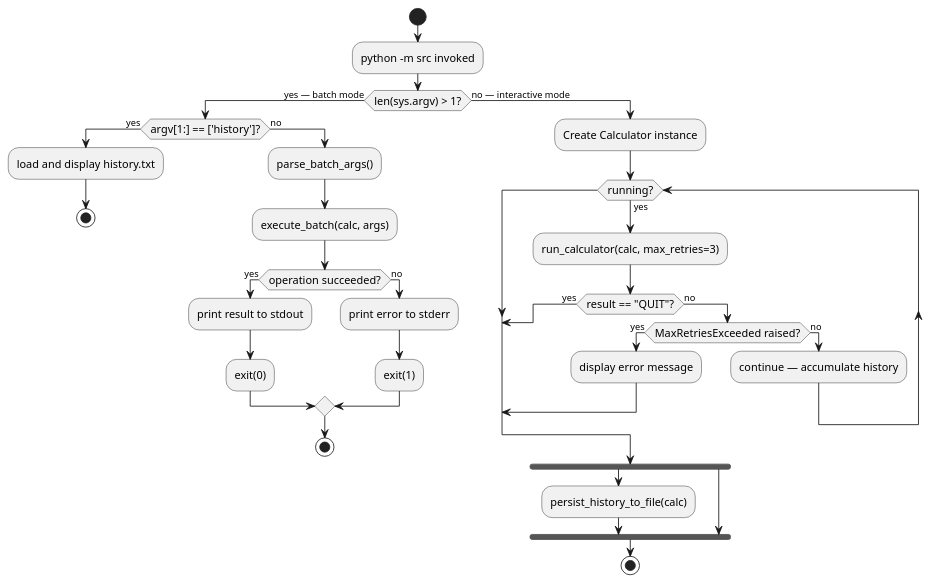
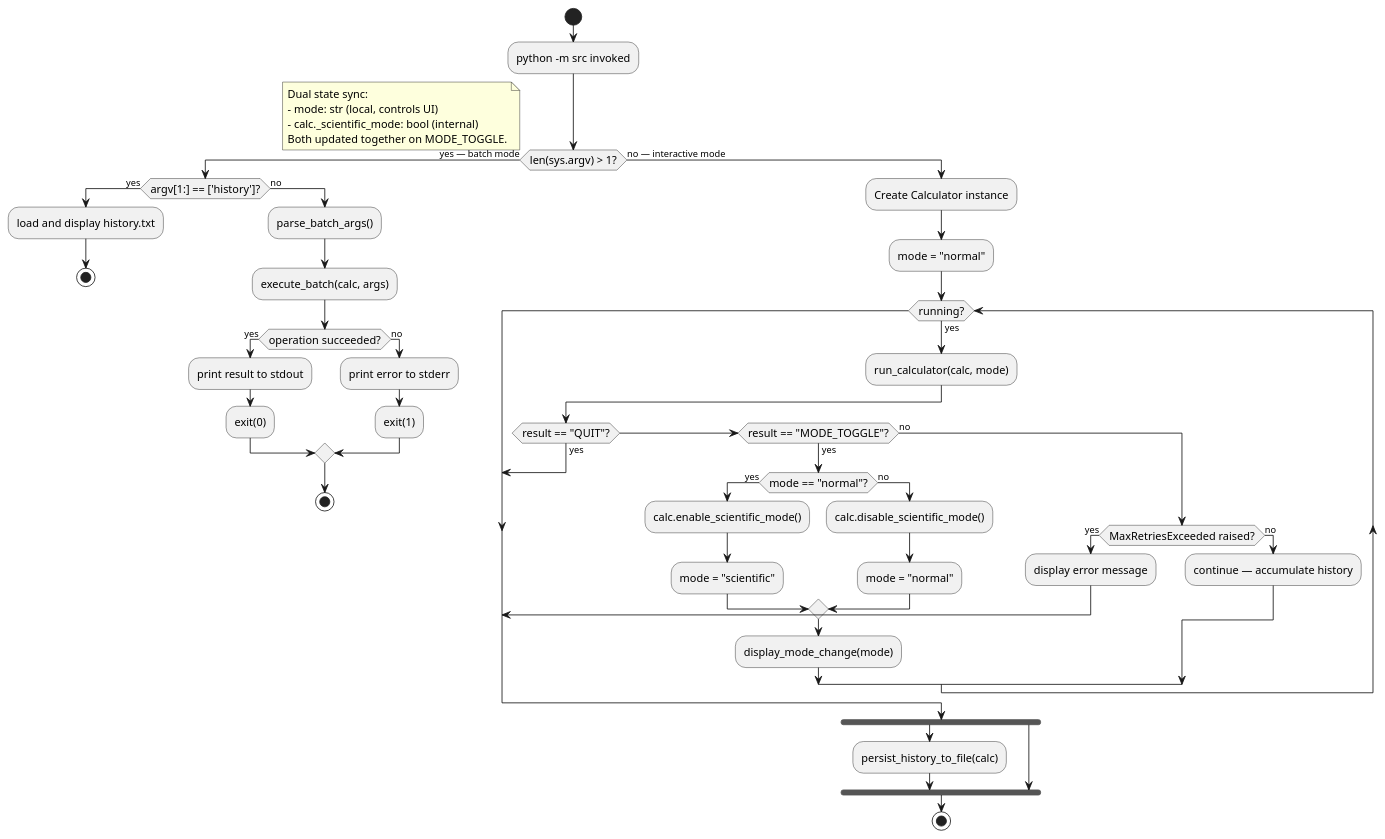
The diagram in artifacts/activity_diagram_main_flow.puml (DanielRiha8906/Calculator_bachelor_autoevolution_team), drawn with PlantUML before and after one commit. The commit also changed 4 other files, not shown here.

Commit message:
update diagrams for scientific mode (PR #457)

```diff
--- a/artifacts/activity_diagram_main_flow.puml
+++ b/artifacts/activity_diagram_main_flow.puml
@@ -1,56 +1,74 @@
 @startuml activity_diagram_main_flow
 
 skinparam activityFontSize 13
 skinparam diamondFontSize 12
 
 start
 
 :python -m src invoked;
 
 if (len(sys.argv) > 1?) then (yes — batch mode)
 
   if (argv[1:] == ['history']?) then (yes)
     :load and display history.txt;
     stop
   else (no)
     :parse_batch_args();
     :execute_batch(calc, args);
     if (operation succeeded?) then (yes)
       :print result to stdout;
       :exit(0);
     else (no)
       :print error to stderr;
       :exit(1);
     endif
     stop
   endif
 
 else (no — interactive mode)
 
   :Create Calculator instance;
+  :mode = "normal";
 
   while (running?) is (yes)
-    :run_calculator(calc, max_retries=3);
+    :run_calculator(calc, mode);
+
     if (result == "QUIT"?) then (yes)
       break
+    elseif (result == "MODE_TOGGLE"?) then (yes)
+      if (mode == "normal"?) then (yes)
+        :calc.enable_scientific_mode();
+        :mode = "scientific";
+      else (no)
+        :calc.disable_scientific_mode();
+        :mode = "normal";
+      endif
+      :display_mode_change(mode);
     else (no)
       if (MaxRetriesExceeded raised?) then (yes)
         :display error message;
         break
       else (no)
         :continue — accumulate history;
       endif
     endif
   endwhile
 
   fork
     :persist_history_to_file(calc);
   fork again
     note right: Ctrl+C also triggers\npersist before exit
   end fork
 
   stop
 
 endif
 
+note left
+  Dual state sync:
+  - mode: str (local, controls UI)
+  - calc._scientific_mode: bool (internal)
+  Both updated together on MODE_TOGGLE.
+end note
+
 @enduml
```
